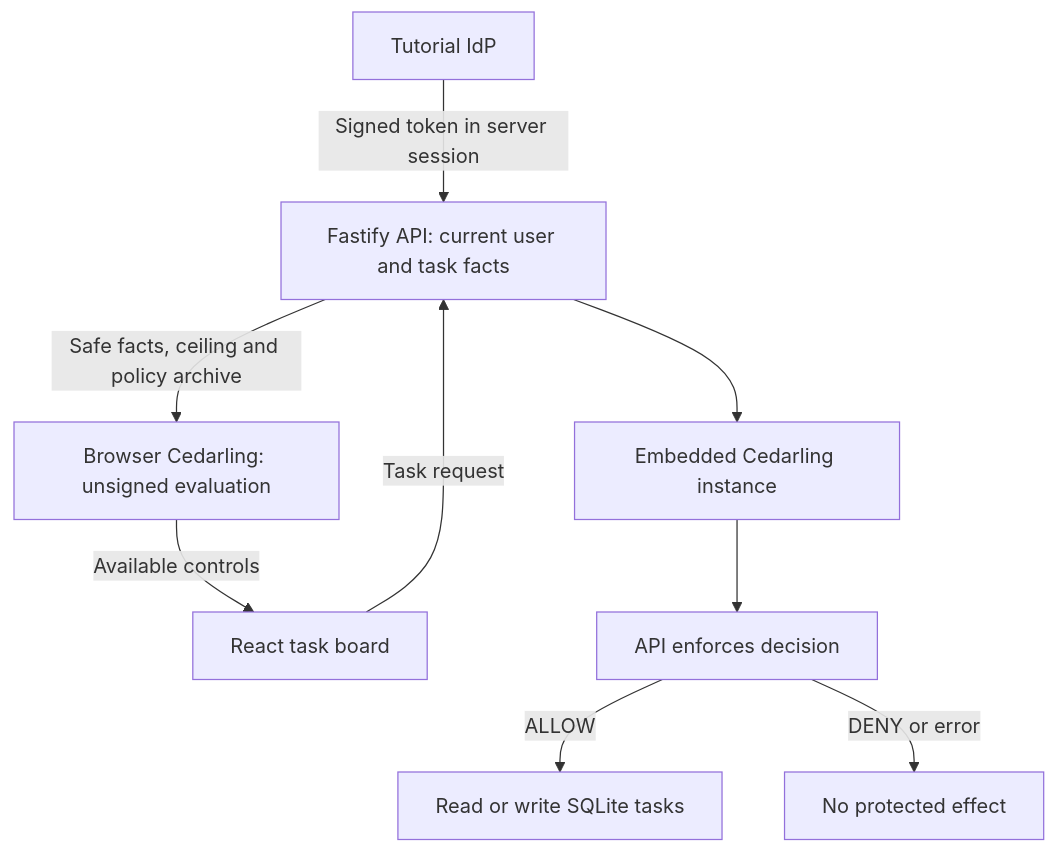
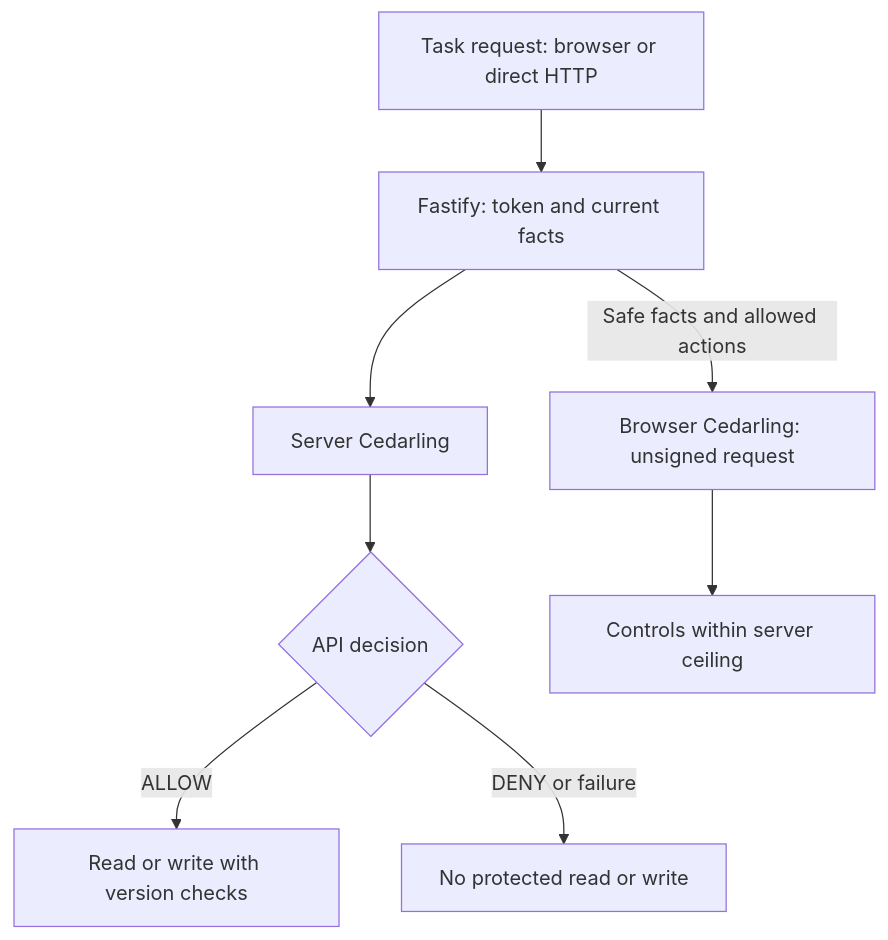
The diagram in p1-task-manager/docs/tutorials.md (GluuFederation/cedarling-tutorials), drawn with Mermaid before and after one commit. The commit also changed other lines of this file and 29 other files, not shown here.

Commit message:
docs: improve P1-P5 tutorial reading flow

````diff
--- a/p1-task-manager/docs/tutorials.md
+++ b/p1-task-manager/docs/tutorials.md
@@ -72,13 +389,12 @@
 ```mermaid
 flowchart TD
-    accTitle: Task authorization in the completed application
-    accDescr: The API asks its embedded Cedarling instance before accessing tasks. Browser evaluation guides controls but cannot grant server permission.
-    IdP["Tutorial IdP"] -->|"Signed token in server session"| API["Fastify API: current user and task facts"]
-    UI["React task board"] -->|"Task request"| API
-    API --> PDP["Embedded Cedarling instance"]
-    PDP --> Check["API enforces decision"]
-    Check -->|"ALLOW"| Data["Read or write SQLite tasks"]
-    Check -->|"DENY or error"| Stop["No protected effect"]
-    API -->|"Safe facts, ceiling and policy archive"| Browser["Browser Cedarling: unsigned evaluation"]
-    Browser -->|"Available controls"| UI
+    accTitle: Server enforcement and browser guidance
+    accDescr: Fastify loads the session token and current database facts, asks its embedded Cedarling instance, and enforces the decision. Browser evaluation only guides controls within the server ceiling.
+    Request["Task request: browser or direct HTTP"] --> API["Fastify: token and current facts"]
+    API --> PDP["Server Cedarling"]
+    PDP --> Check{"API decision"}
+    Check -->|"ALLOW"| Data["Read or write with version checks"]
+    Check -->|"DENY or failure"| Stop["No protected read or write"]
+    API -->|"Safe facts and allowed actions"| Browser["Browser Cedarling: unsigned request"]
+    Browser --> Controls["Controls within server ceiling"]
 ```
````
